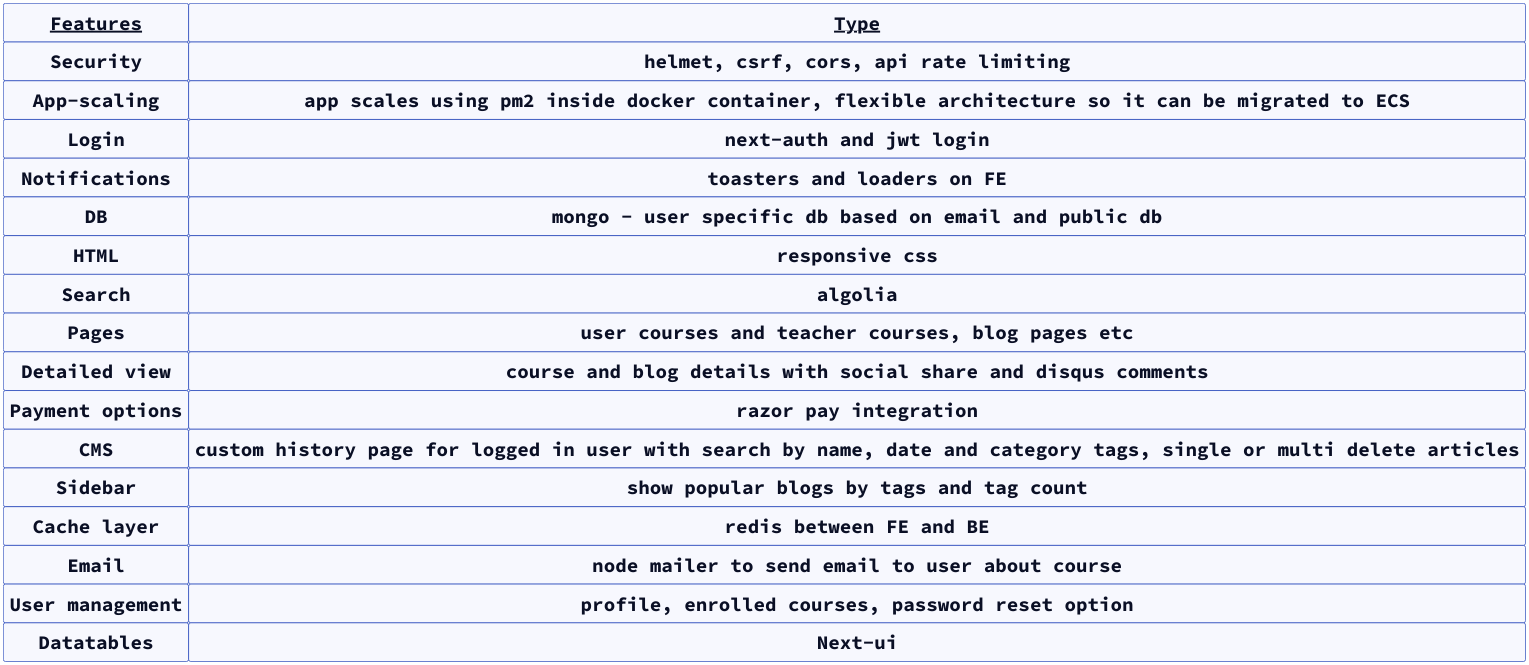
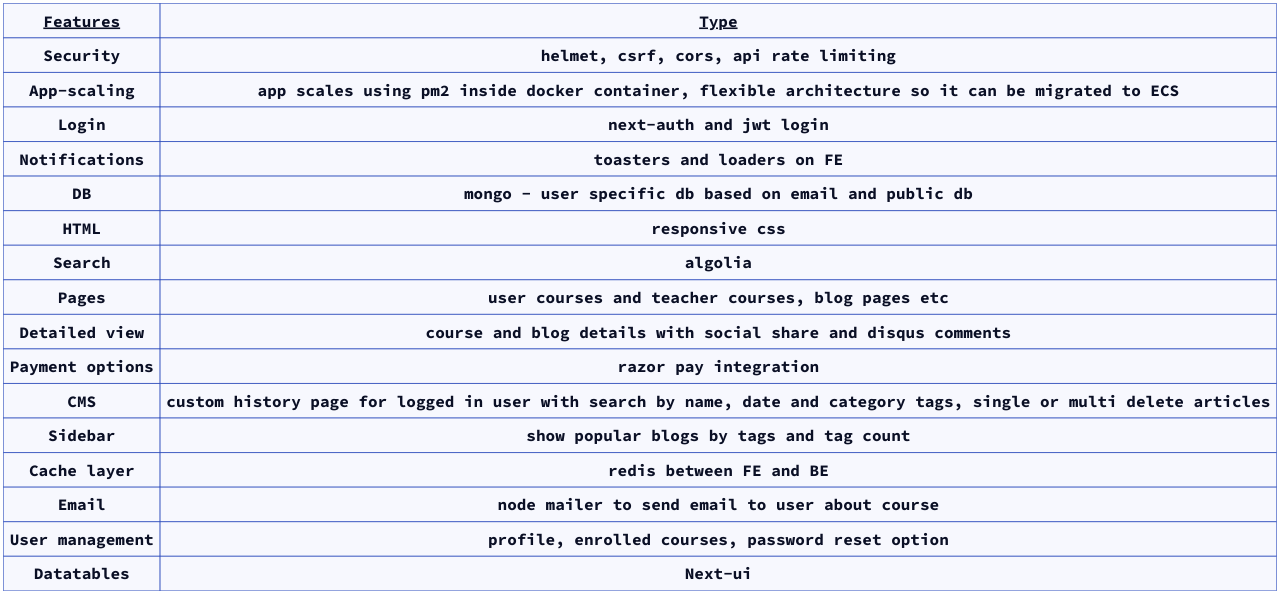
One commit to whatsnxt-org/whatsnxt-app-architecture changed the diagram in features.d2. Above: the diagram before and after it, drawn with D2. The commit also changed 1 other file, not shown here.

```diff
--- a/features.d2
+++ b/features.d2
@@ -1,67 +1,66 @@
 # Specified so that objects are written in row-dominant order
 grid-rows: 2
 grid-columns: 2
 grid-gap: 0
-
-**: {
-  style.font: mono
-  style.font-size: 60
-  style.border-radius: 7
-}
 
 classes: {
   header: {
     style.underline: true
   }
 }
 
 Features.class: header
 Type.class: header
 
 Security
 helmet, csrf, cors, api rate limiting
 
 App-scaling
 app scales using pm2 inside docker container, flexible architecture so it can be migrated to ECS
 
 Login
 next-auth and jwt login
 
 Notifications
 toasters and loaders on FE
 
 DB
 mongo - user specific db based on email and public db
 
 HTML
 responsive css
 
 Search
 algolia
 
 Pages
 user courses and teacher courses, blog pages etc
 
 Detailed view
 course and blog details with social share and disqus comments
 
 Payment options
 razor pay integration
 
 CMS
 custom history page for logged in user with search by name, date and category tags, single or multi delete articles
 
 Sidebar
 show popular blogs by tags and tag count
 
 Cache layer
 redis between FE and BE
 
 Email
 node mailer to send email to user about course
 
 User management
 profile, enrolled courses, password reset option
 
 Datatables
 Next-ui
+
+*: {
+  style.font-size: 50
+  style.font: mono
+}
```
